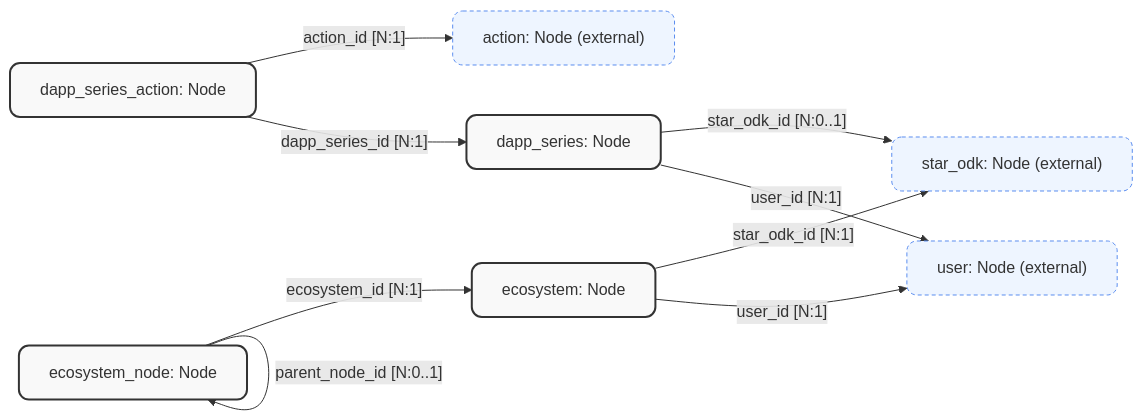
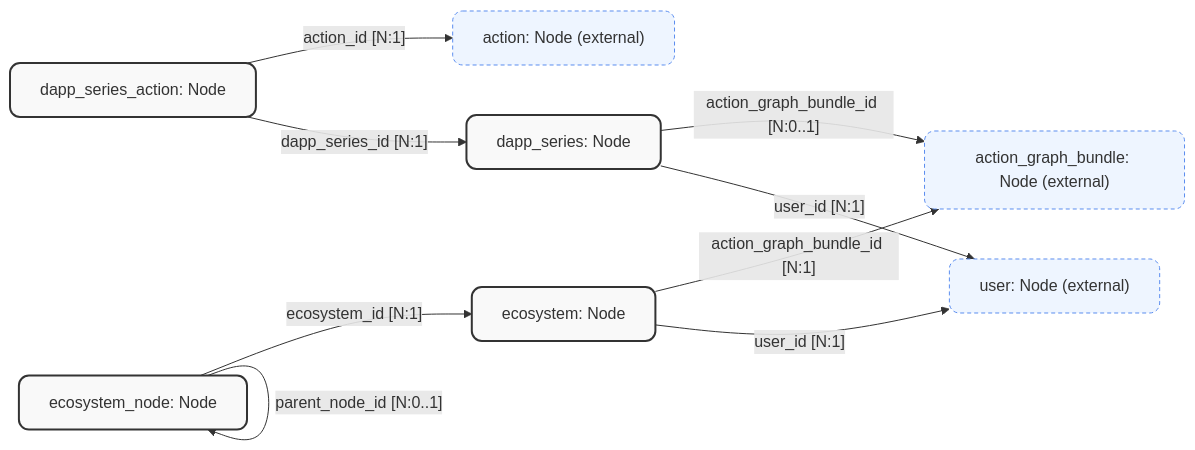
The diagram in Persistence/SurrealDb/Generated/Flowcharts/dapp_composition.flowchart.mermaid (JadeZaher/azoa-autonomous-zones-of-action), drawn with Mermaid before and after one commit. The commit also changed 126 other files, not shown here.

First line of the commit message:
refactor!: rename STAR/STARODK to ActionGraphBundle (D28 strand 4)

```diff
--- a/Persistence/SurrealDb/Generated/Flowcharts/dapp_composition.flowchart.mermaid
+++ b/Persistence/SurrealDb/Generated/Flowcharts/dapp_composition.flowchart.mermaid
@@ -1,28 +1,28 @@
 graph LR
     %% Slice: dapp_composition
     %% GENERATED FILE -- do not edit. Source: SurrealDB schema attribute scan.
     %% Regenerate with: dotnet run --project packages/SurrealForge.Schema -- flowcharts
 
     %% Nodes in this slice
     dapp_series["dapp_series: Node"]:::nodeClass
     dapp_series_action["dapp_series_action: Node"]:::nodeClass
     ecosystem["ecosystem: Node"]:::nodeClass
     ecosystem_node["ecosystem_node: Node"]:::nodeClass
 
     %% Cross-slice targets (rendered as ghost nodes)
     action["action: Node (external)"]:::externalNode
-    star_odk["star_odk: Node (external)"]:::externalNode
+    action_graph_bundle["action_graph_bundle: Node (external)"]:::externalNode
     user["user: Node (external)"]:::externalNode
 
     %% Edges (outbound from this slice)
-    dapp_series -- "star_odk_id [N:0..1]" --> star_odk
+    dapp_series -- "action_graph_bundle_id [N:0..1]" --> action_graph_bundle
     dapp_series -- "user_id [N:1]" --> user
     dapp_series_action -- "action_id [N:1]" --> action
     dapp_series_action -- "dapp_series_id [N:1]" --> dapp_series
-    ecosystem -- "star_odk_id [N:1]" --> star_odk
+    ecosystem -- "action_graph_bundle_id [N:1]" --> action_graph_bundle
     ecosystem -- "user_id [N:1]" --> user
     ecosystem_node -- "ecosystem_id [N:1]" --> ecosystem
     ecosystem_node -- "parent_node_id [N:0..1]" --> ecosystem_node
 
     classDef nodeClass fill:#f9f9f9,stroke:#333,stroke-width:2px,rx:10px,ry:10px;
     classDef externalNode fill:#eef5ff,stroke:#5b8def,stroke-width:1px,stroke-dasharray:4 3,rx:10px,ry:10px;
```
